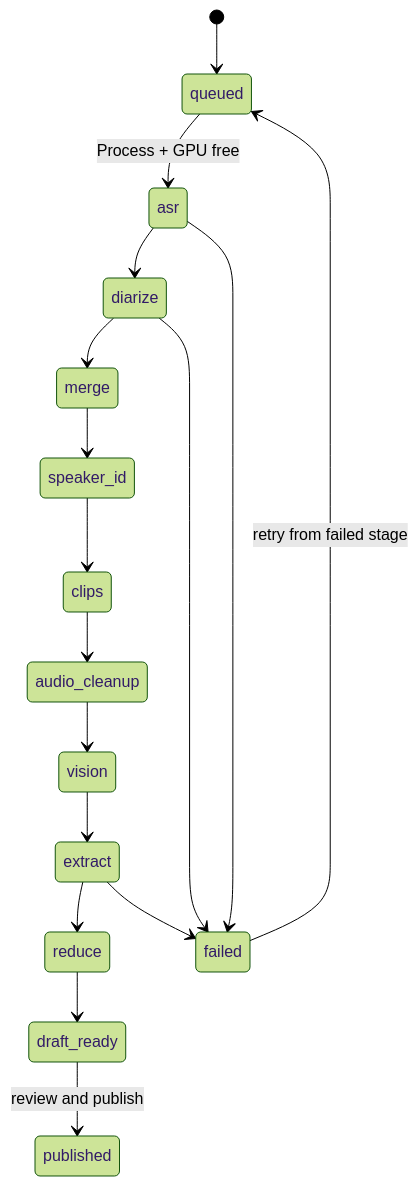
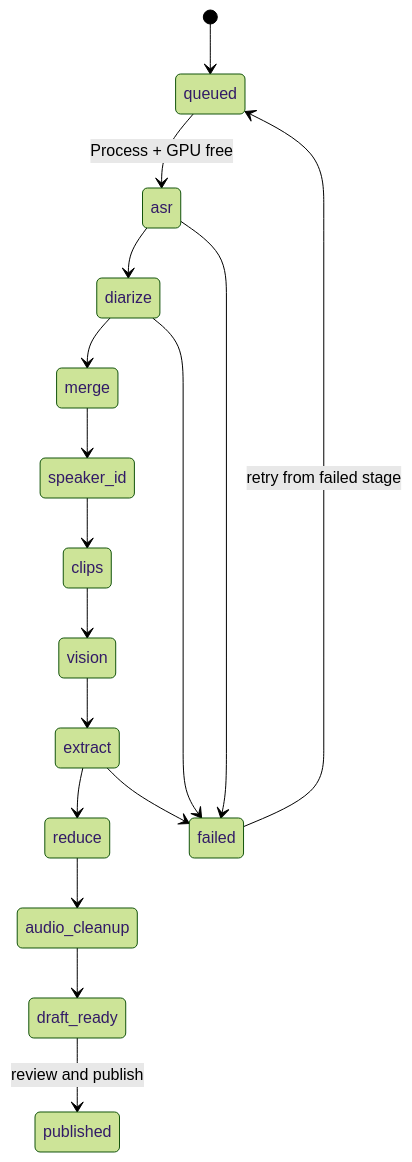
The third of 3 diagrams in docs/ARCHITECTURE.md (Radek-Wojcik/blah-blah-bot), drawn with Mermaid (forest theme) before and after one commit. The commit also changed other lines of this file and 29 other files, not shown here.

Commit message:
feat(queue): delete source audio after the draft is ready, with a global setting and project override

````diff
--- a/docs/ARCHITECTURE.md
+++ b/docs/ARCHITECTURE.md
@@ -367,19 +367,19 @@
 ```mermaid
 stateDiagram-v2
     [*] --> queued
     queued --> asr: Process + GPU free
     asr --> diarize
     diarize --> merge
     merge --> speaker_id
     speaker_id --> clips
-    clips --> audio_cleanup
-    audio_cleanup --> vision
+    clips --> vision
     vision --> extract
     extract --> reduce
-    reduce --> draft_ready
+    reduce --> audio_cleanup
+    audio_cleanup --> draft_ready
     draft_ready --> published: review and publish
     asr --> failed
     diarize --> failed
     extract --> failed
     failed --> queued: retry from failed stage
 ```
````
